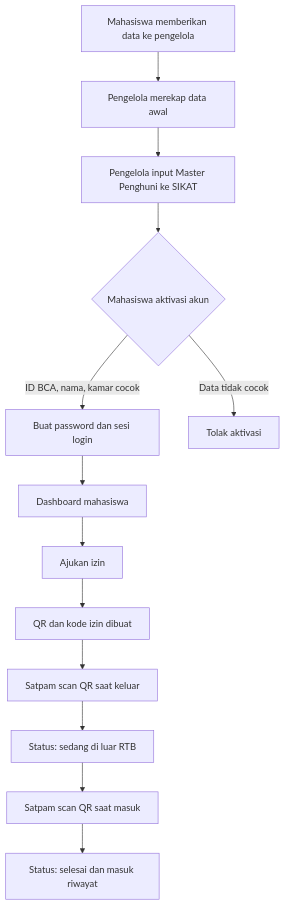
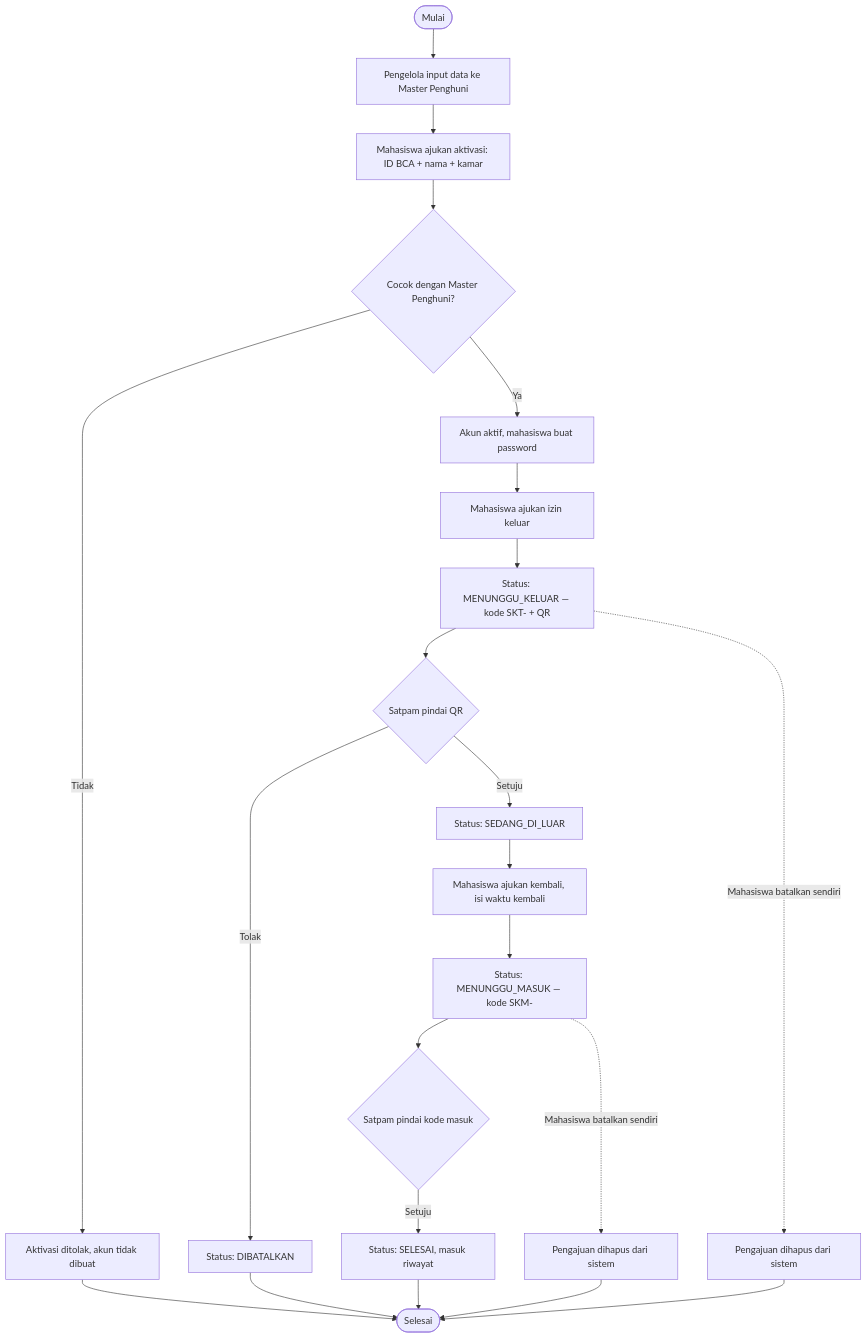
One commit to felicyaholic-dev/SIKAT-RTB changed the diagram in README.md. Above: the diagram before and after it, drawn with Mermaid.

Commit message:
Redraw end-to-end flowchart to match current permit lifecycle
Add explicit start/end nodes and the MENUNGGU_MASUK leg, SKT-/SKM- codes,
and the self-cancel vs satpam-reject branches the old diagram omitted.

````diff
--- a/README.md
+++ b/README.md
@@ -43,15 +43,24 @@
 ```mermaid
 flowchart TD
-  A[Mahasiswa memberikan data ke pengelola] --> B[Pengelola merekap data awal]
-  B --> C[Pengelola input Master Penghuni ke SIKAT]
-  C --> D{Mahasiswa aktivasi akun}
-  D -->|ID BCA, nama, kamar cocok| E[Buat password dan sesi login]
-  D -->|Data tidak cocok| F[Tolak aktivasi]
-  E --> G[Dashboard mahasiswa]
-  G --> H[Ajukan izin]
-  H --> I[QR dan kode izin dibuat]
-  I --> J[Satpam scan QR saat keluar]
-  J --> K[Status: sedang di luar RTB]
-  K --> L[Satpam scan QR saat masuk]
-  L --> M[Status: selesai dan masuk riwayat]
+  Start([Mulai]) --> A[Pengelola input data ke Master Penghuni]
+  A --> B["Mahasiswa ajukan aktivasi: ID BCA + nama + kamar"]
+  B --> C{Cocok dengan Master Penghuni?}
+  C -->|Tidak| C1[Aktivasi ditolak, akun tidak dibuat]
+  C1 --> Finish([Selesai])
+  C -->|Ya| D[Akun aktif, mahasiswa buat password]
+  D --> E[Mahasiswa ajukan izin keluar]
+  E --> F["Status: MENUNGGU_KELUAR — kode SKT- + QR"]
+  F --> G{Satpam pindai QR}
+  G -->|Tolak| G1[Status: DIBATALKAN]
+  G1 --> Finish
+  F -.->|Mahasiswa batalkan sendiri| H1[Pengajuan dihapus dari sistem]
+  H1 --> Finish
+  G -->|Setuju| H[Status: SEDANG_DI_LUAR]
+  H --> I[Mahasiswa ajukan kembali, isi waktu kembali]
+  I --> J["Status: MENUNGGU_MASUK — kode SKM-"]
+  J --> K{Satpam pindai kode masuk}
+  K -->|Setuju| L[Status: SELESAI, masuk riwayat]
+  L --> Finish
+  J -.->|Mahasiswa batalkan sendiri| J1[Pengajuan dihapus dari sistem]
+  J1 --> Finish
 ```
````
